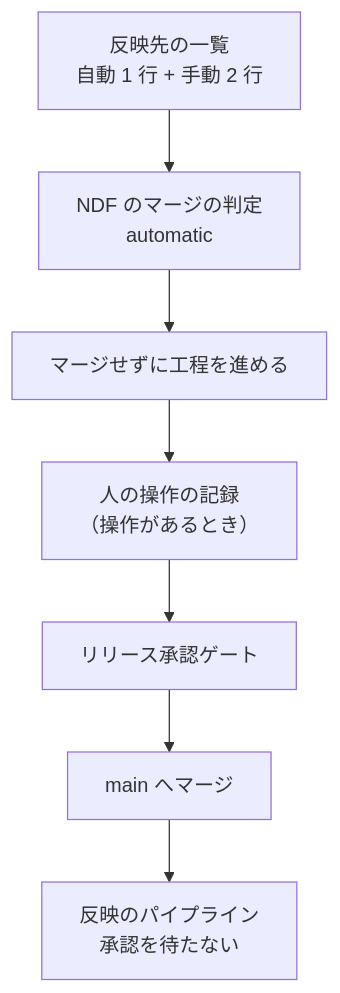
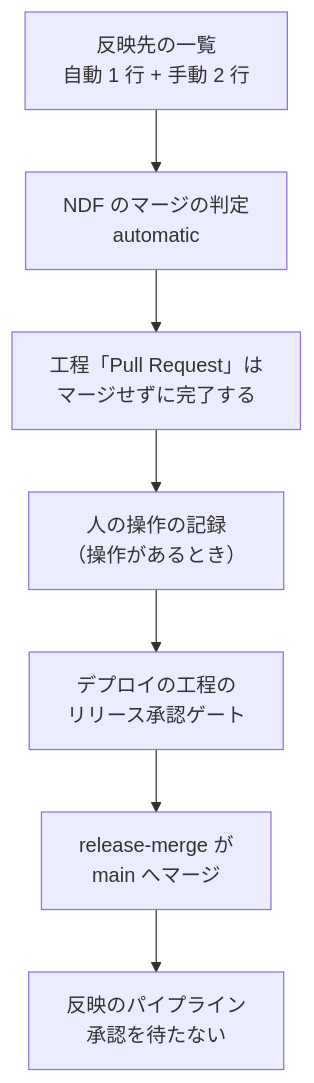
The second of 3 diagrams in issues/issue-166-design.md (devbasex/nd-factory), drawn with Mermaid before and after one commit. The commit also changed other lines of this file and 1 other file, not shown here.

````diff
--- a/issues/issue-166-design.md
+++ b/issues/issue-166-design.md
@@ -36,9 +38,9 @@
 ```mermaid
 graph TD
     S["反映先の一覧<br/>自動 1 行 + 手動 2 行"] --> J["NDF のマージの判定<br/>automatic"]
-    J --> W["マージせずに工程を進める"]
+    J --> W["工程「Pull Request」は<br/>マージせずに完了する"]
     W --> H["人の操作の記録<br/>（操作があるとき）"]
-    H --> G["リリース承認ゲート"]
-    G --> M["main へマージ"]
+    H --> G["デプロイの工程の<br/>リリース承認ゲート"]
+    G --> M["release-merge が<br/>main へマージ"]
     M --> P["反映のパイプライン<br/>承認を待たない"]
 ```
````
